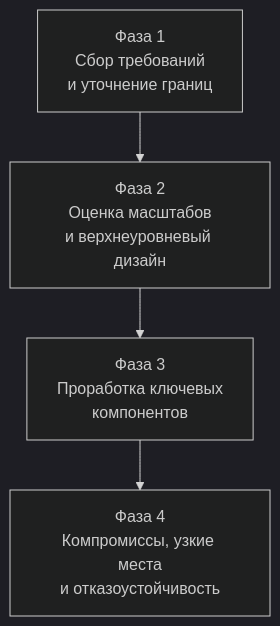
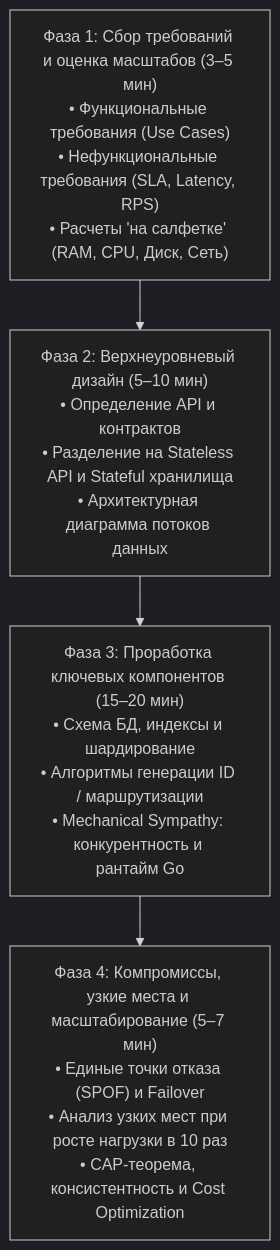
One commit to UnrealTemplier/go-textbook changed the first of 3 diagrams in sources/11. Архитектура и System Design/51. System Design интервью. Как подходить к задаче.md. Above: the diagram before and after it, drawn with Mermaid (dark theme). The commit also changed other lines of this file, not shown here.

````diff
--- a/sources/11. Архитектура и System Design/51. System Design интервью. Как подходить к задаче.md
+++ b/sources/11. Архитектура и System Design/51. System Design интервью. Как подходить к задаче.md
@@ -11,9 +26,9 @@
 ```mermaid
 flowchart TD
-    Phase1["Фаза 1<br>Сбор требований<br>и уточнение границ"]
-    Phase2["Фаза 2<br>Оценка масштабов<br>и верхнеуровневый дизайн"]
-    Phase3["Фаза 3<br>Проработка ключевых<br>компонентов"]
-    Phase4["Фаза 4<br>Компромиссы, узкие места<br>и отказоустойчивость"]
+    Phase1["Фаза 1: Сбор требований и оценка масштабов (3–5 мин)<br>• Функциональные требования (Use Cases)<br>• Нефункциональные требования (SLA, Latency, RPS)<br>• Расчеты 'на салфетке' (RAM, CPU, Диск, Сеть)"]
+    Phase2["Фаза 2: Верхнеуровневый дизайн (5–10 мин)<br>• Определение API и контрактов<br>• Разделение на Stateless API и Stateful хранилища<br>• Архитектурная диаграмма потоков данных"]
+    Phase3["Фаза 3: Проработка ключевых компонентов (15–20 мин)<br>• Схема БД, индексы и шардирование<br>• Алгоритмы генерации ID / маршрутизации<br>• Mechanical Sympathy: конкурентность и рантайм Go"]
+    Phase4["Фаза 4: Компромиссы, узкие места и масштабирование (5–7 мин)<br>• Единые точки отказа (SPOF) и Failover<br>• Анализ узких мест при росте нагрузки в 10 раз<br>• CAP-теорема, консистентность и Cost Optimization"]
 
     Phase1 --> Phase2 --> Phase3 --> Phase4
 ```
````
